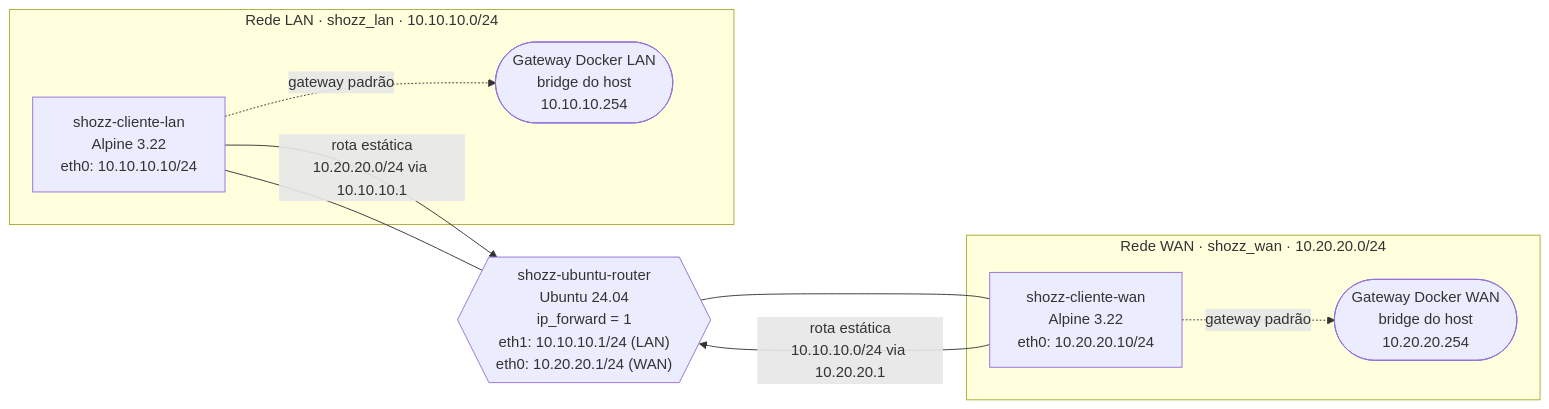
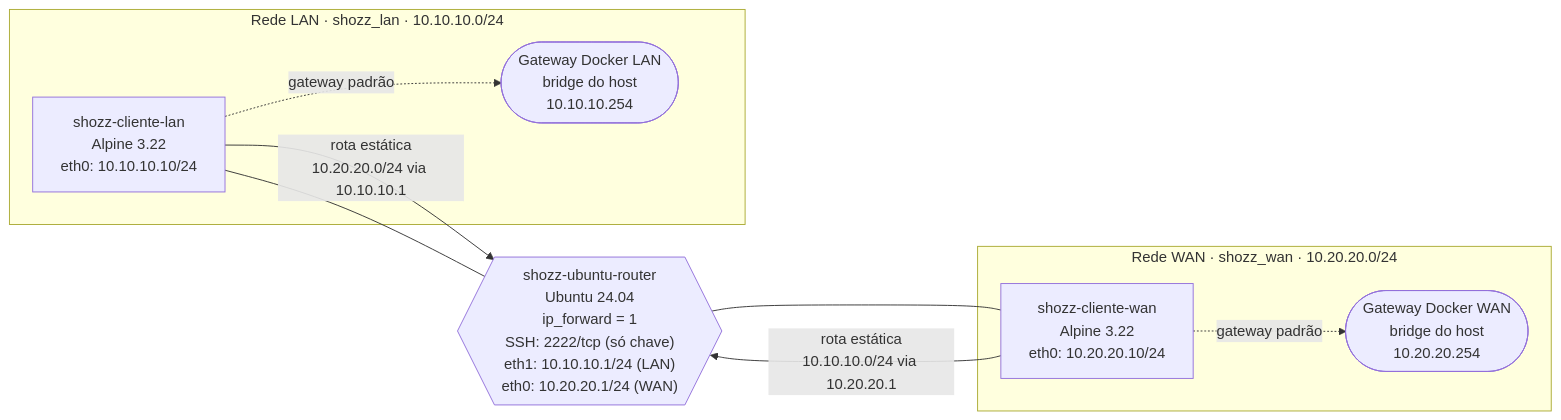
Before and after one commit to gbscale/final-seguran-a: the diagram in shozz-infra-lab/README.md, drawn with Mermaid. The commit also changed other lines of this file and 34 other files, not shown here.

````diff
--- a/shozz-infra-lab/README.md
+++ b/shozz-infra-lab/README.md
@@ -98,21 +109,21 @@
 ```mermaid
 flowchart LR
     subgraph LAN["Rede LAN · shozz_lan · 10.10.10.0/24"]
         CL["shozz-cliente-lan<br/>Alpine 3.22<br/>eth0: 10.10.10.10/24"]
         GL(["Gateway Docker LAN<br/>bridge do host<br/>10.10.10.254"])
     end
 
     subgraph WAN["Rede WAN · shozz_wan · 10.20.20.0/24"]
         CW["shozz-cliente-wan<br/>Alpine 3.22<br/>eth0: 10.20.20.10/24"]
         GW(["Gateway Docker WAN<br/>bridge do host<br/>10.20.20.254"])
     end
 
-    R{{"shozz-ubuntu-router<br/>Ubuntu 24.04<br/>ip_forward = 1<br/>eth1: 10.10.10.1/24 (LAN)<br/>eth0: 10.20.20.1/24 (WAN)"}}
+    R{{"shozz-ubuntu-router<br/>Ubuntu 24.04<br/>ip_forward = 1<br/>SSH: 2222/tcp (só chave)<br/>eth1: 10.10.10.1/24 (LAN)<br/>eth0: 10.20.20.1/24 (WAN)"}}
 
     CL -- "rota estática<br/>10.20.20.0/24 via 10.10.10.1" --> R
     CW -- "rota estática<br/>10.10.10.0/24 via 10.20.20.1" --> R
     R --- CL
     R --- CW
     CL -. "gateway padrão" .-> GL
     CW -. "gateway padrão" .-> GW
 ```
````
